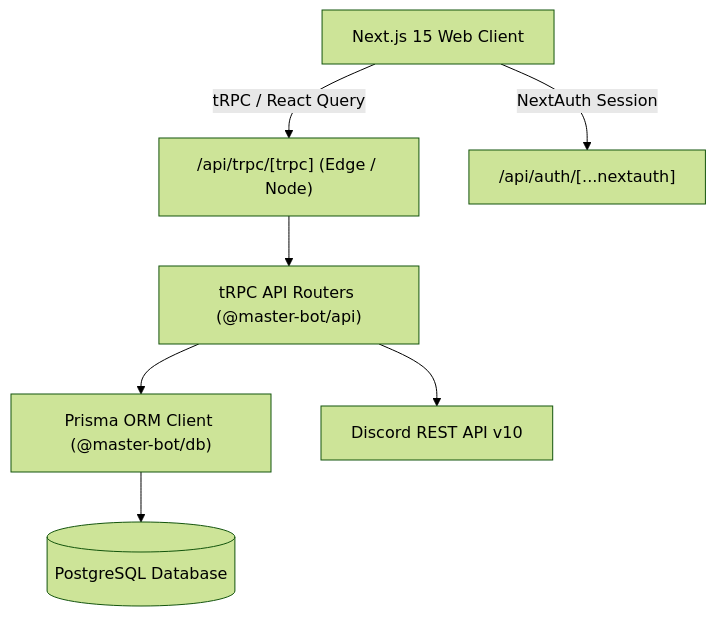
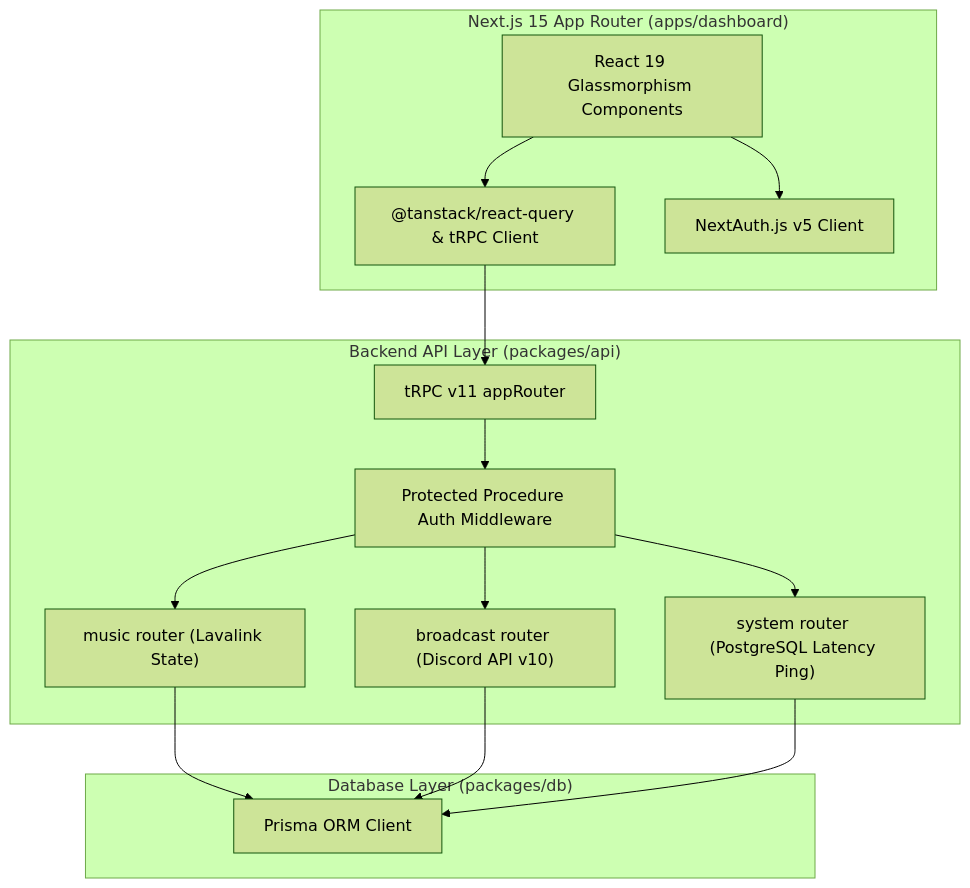
The diagram in wiki/Dashboard-Architecture.md (PhantomNimbi/Master-Bot), drawn with Mermaid (forest theme) before and after one commit. The commit also changed other lines of this file and 37 other files, not shown here.

````diff
--- a/wiki/Dashboard-Architecture.md
+++ b/wiki/Dashboard-Architecture.md
@@ -9,9 +9,31 @@
 ```mermaid
 flowchart TD
-    Client["Next.js 15 Web Client"] -->|tRPC / React Query| TRPCHandler["/api/trpc/[trpc] (Edge / Node)"]
-    Client -->|NextAuth Session| AuthHandler["/api/auth/[...nextauth]"]
-    TRPCHandler --> APIRouters["tRPC API Routers (@master-bot/api)"]
-    APIRouters --> PrismaClient["Prisma ORM Client (@master-bot/db)"]
-    APIRouters --> DiscordAPI["Discord REST API v10"]
-    PrismaClient --> PostgresDB[(PostgreSQL Database)]
+    subgraph Client["Next.js 15 App Router (apps/dashboard)"]
+        UI["React 19 Glassmorphism Components"]
+        tRPCClient["@tanstack/react-query & tRPC Client"]
+        NextAuth["NextAuth.js v5 Client"]
+    end
+
+    subgraph API["Backend API Layer (packages/api)"]
+        Router["tRPC v11 appRouter"]
+        AuthMiddleware["Protected Procedure Auth Middleware"]
+        MusicRouter["music router (Lavalink State)"]
+        BroadcastRouter["broadcast router (Discord API v10)"]
+        SystemRouter["system router (PostgreSQL Latency Ping)"]
+    end
+
+    subgraph DB["Database Layer (packages/db)"]
+        Prisma["Prisma ORM Client"]
+    end
+
+    UI --> tRPCClient
+    UI --> NextAuth
+    tRPCClient --> Router
+    Router --> AuthMiddleware
+    AuthMiddleware --> MusicRouter
+    AuthMiddleware --> BroadcastRouter
+    AuthMiddleware --> SystemRouter
+    MusicRouter --> Prisma
+    BroadcastRouter --> Prisma
+    SystemRouter --> Prisma
 ```
````
